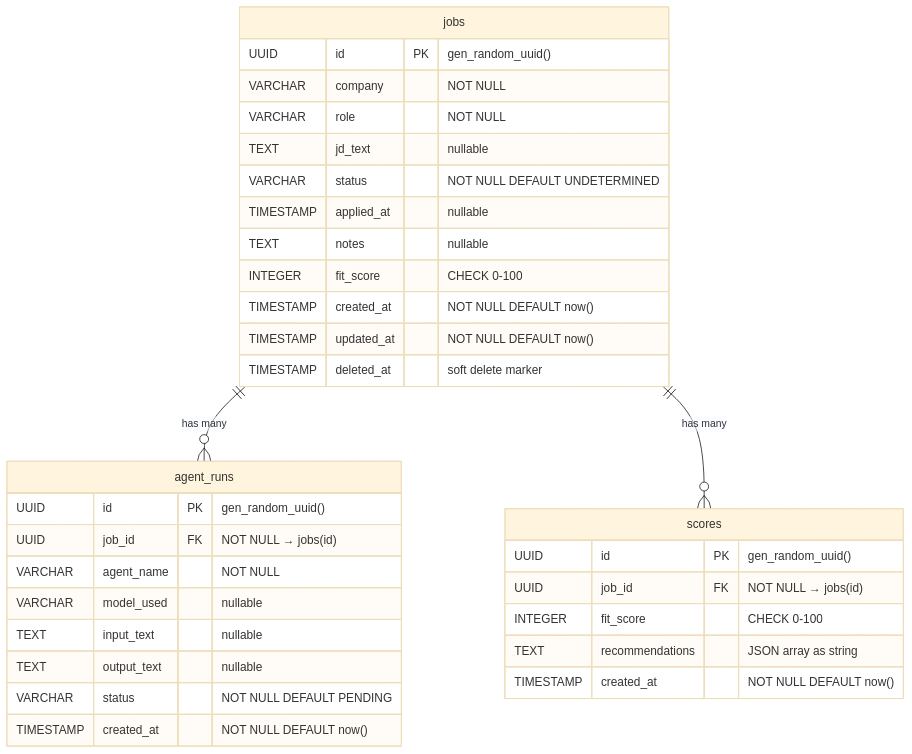
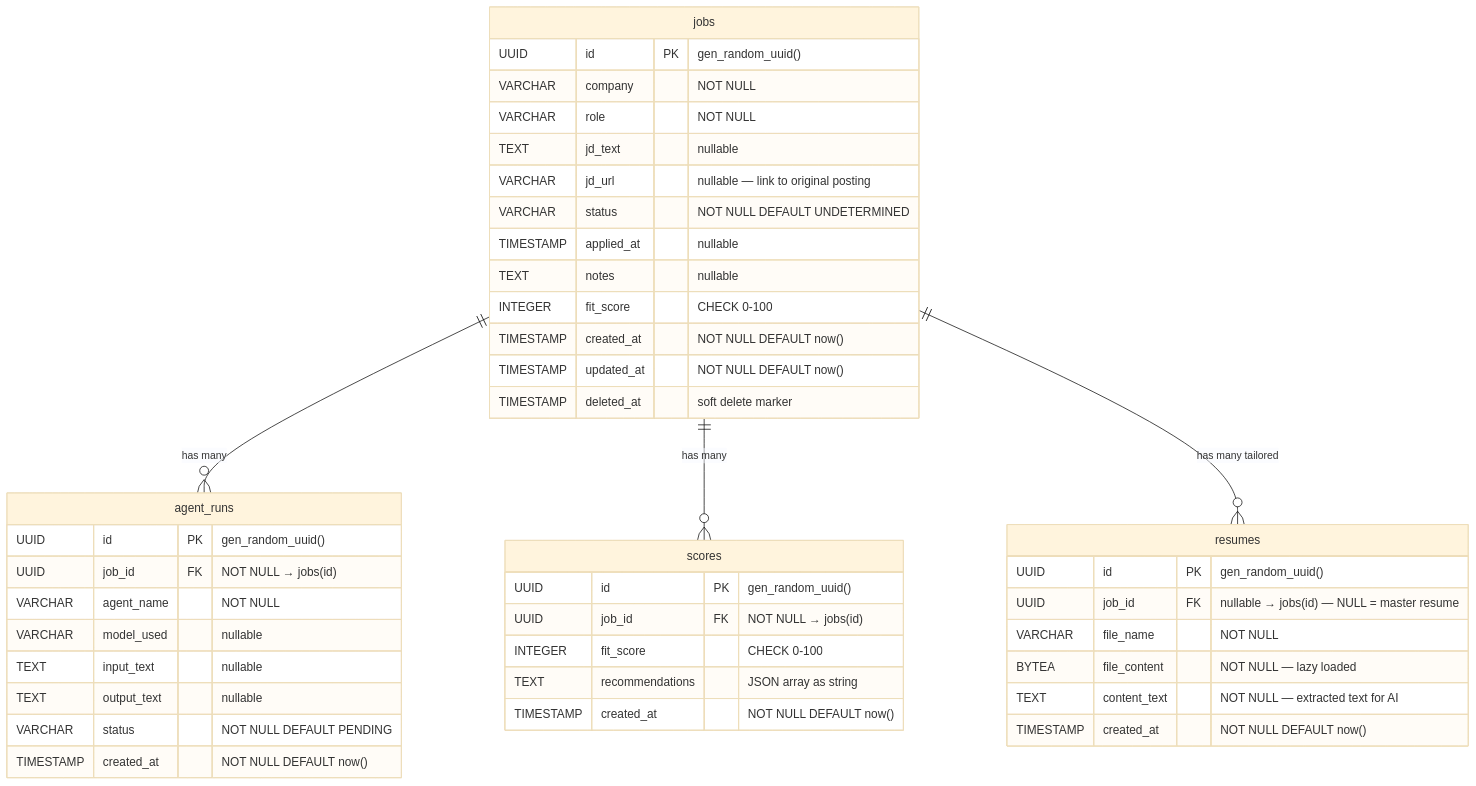
The second of 5 diagrams in architecture.md (sharmavipin1608/JobsApplicationTracker), drawn with Mermaid (base theme) before and after one commit. The commit also changed other lines of this file and 6 other files, not shown here.

````diff
--- a/architecture.md
+++ b/architecture.md
@@ -155,38 +186,49 @@
 ```mermaid
 erDiagram
     jobs {
         UUID id PK "gen_random_uuid()"
         VARCHAR company "NOT NULL"
         VARCHAR role "NOT NULL"
         TEXT jd_text "nullable"
+        VARCHAR jd_url "nullable — link to original posting"
         VARCHAR status "NOT NULL DEFAULT UNDETERMINED"
         TIMESTAMP applied_at "nullable"
         TEXT notes "nullable"
         INTEGER fit_score "CHECK 0-100"
         TIMESTAMP created_at "NOT NULL DEFAULT now()"
         TIMESTAMP updated_at "NOT NULL DEFAULT now()"
         TIMESTAMP deleted_at "soft delete marker"
     }
 
     agent_runs {
         UUID id PK "gen_random_uuid()"
         UUID job_id FK "NOT NULL → jobs(id)"
         VARCHAR agent_name "NOT NULL"
         VARCHAR model_used "nullable"
         TEXT input_text "nullable"
         TEXT output_text "nullable"
         VARCHAR status "NOT NULL DEFAULT PENDING"
         TIMESTAMP created_at "NOT NULL DEFAULT now()"
     }
 
     scores {
         UUID id PK "gen_random_uuid()"
         UUID job_id FK "NOT NULL → jobs(id)"
         INTEGER fit_score "CHECK 0-100"
         TEXT recommendations "JSON array as string"
         TIMESTAMP created_at "NOT NULL DEFAULT now()"
     }
 
+    resumes {
+        UUID id PK "gen_random_uuid()"
+        UUID job_id FK "nullable → jobs(id) — NULL = master resume"
+        VARCHAR file_name "NOT NULL"
+        BYTEA file_content "NOT NULL — lazy loaded"
+        TEXT content_text "NOT NULL — extracted text for AI"
+        TIMESTAMP created_at "NOT NULL DEFAULT now()"
+    }
+
     jobs ||--o{ agent_runs : "has many"
     jobs ||--o{ scores : "has many"
+    jobs ||--o{ resumes : "has many tailored"
 ```
````
